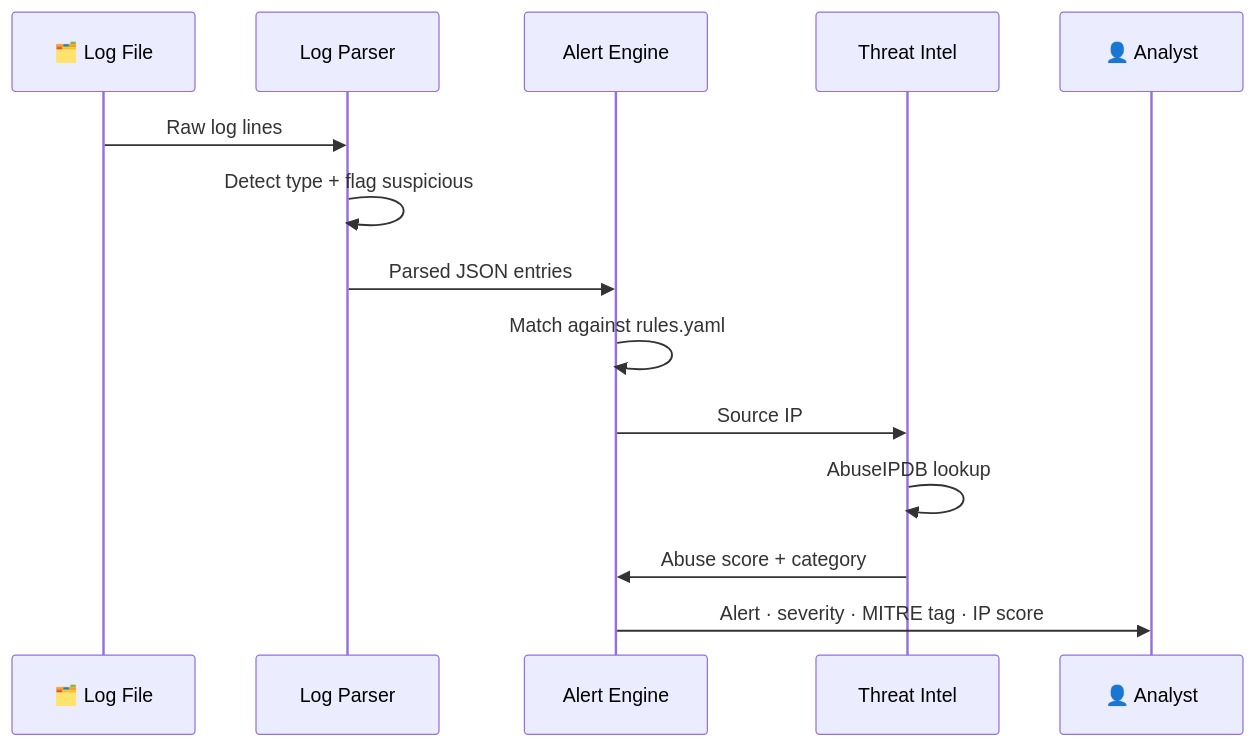
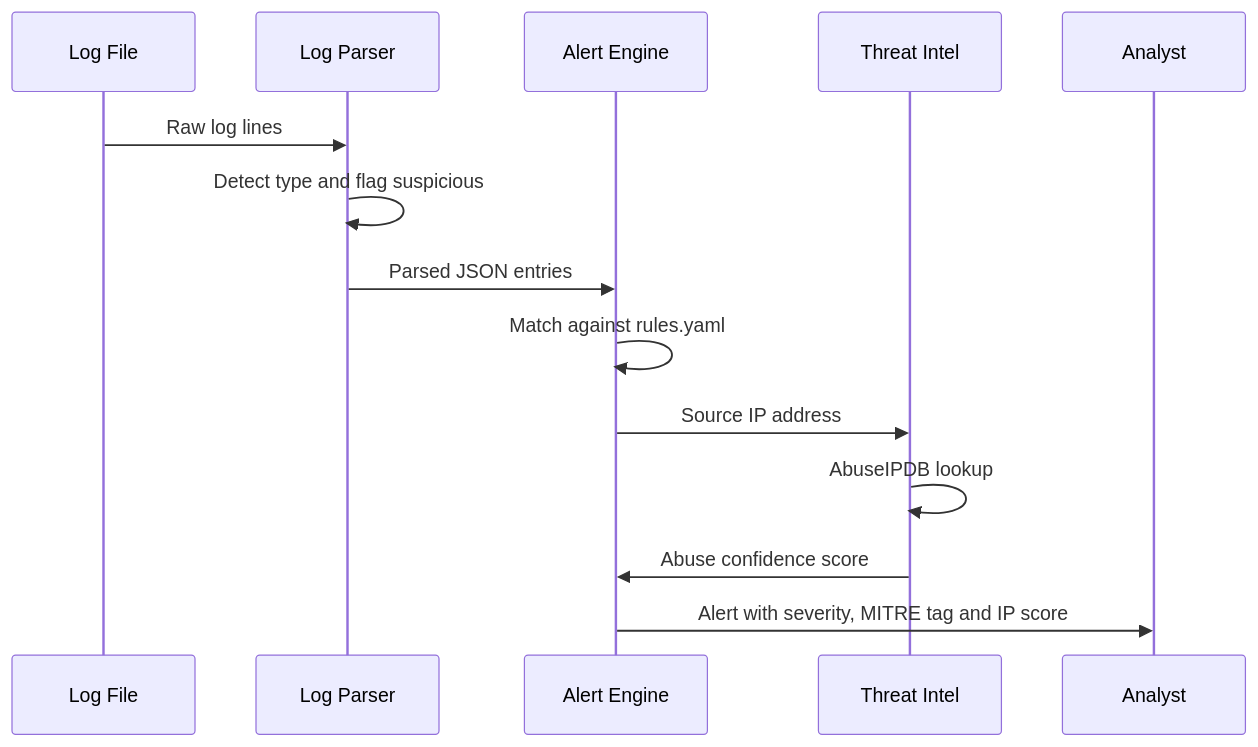
Before and after one commit to Speed-boo3/soc-project: the fourth of 4 diagrams in README.md, drawn with Mermaid. The commit also changed other lines of this file, not shown here.

Commit message:
Rewrite README: animated header, colored diagrams, no AI symbols

````diff
--- a/README.md
+++ b/README.md
@@ -126,17 +123,17 @@
 ```mermaid
 sequenceDiagram
-    participant Log as 🗂️ Log File
+    participant Log as Log File
     participant Parser as Log Parser
     participant Engine as Alert Engine
     participant Intel as Threat Intel
-    participant Analyst as 👤 Analyst
+    participant Analyst as Analyst
 
     Log->>Parser: Raw log lines
-    Parser->>Parser: Detect type + flag suspicious
+    Parser->>Parser: Detect type and flag suspicious
     Parser->>Engine: Parsed JSON entries
     Engine->>Engine: Match against rules.yaml
-    Engine->>Intel: Source IP
+    Engine->>Intel: Source IP address
     Intel->>Intel: AbuseIPDB lookup
-    Intel->>Engine: Abuse score + category
-    Engine->>Analyst: Alert · severity · MITRE tag · IP score
+    Intel->>Engine: Abuse confidence score
+    Engine->>Analyst: Alert with severity, MITRE tag and IP score
 ```
````
